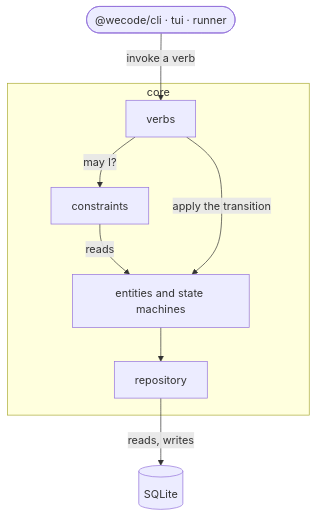
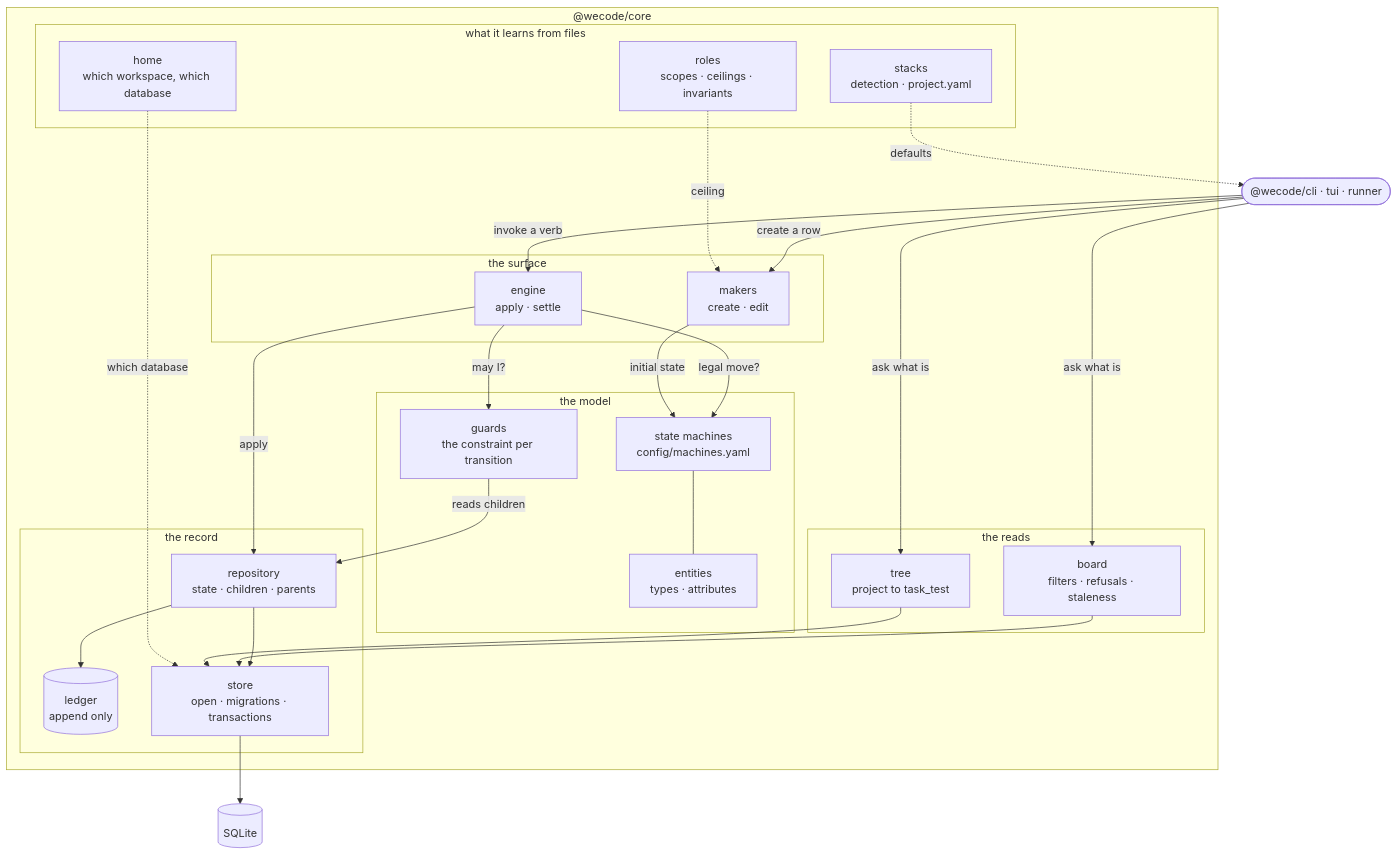
One commit to chandra-wijaya-setiawan/wecode changed the third of 4 diagrams in docs/design/01. Architecture Diagram L1-L2.md. Above: the diagram before and after it, drawn with Mermaid. The commit also changed other lines of this file and 1 other file, not shown here.

Commit message:
design: draw what is actually inside the core
The L3 core picture still showed four boxes from the first week. The core is five groups
now - the surface, the model, the reads, the record, and what it learns from files - and
1,588 lines across sixteen modules, none of which the diagram mentioned.

Renames 15 to Subscriptions, which is what it became.

````diff
--- a/docs/design/01. Architecture Diagram L1-L2.md
+++ b/docs/design/01. Architecture Diagram L1-L2.md
@@ -97,20 +100,58 @@
 ```mermaid
 flowchart TB
     CLIENTS(["@wecode/cli · tui · runner"])
 
-    subgraph core
-        VERBS[verbs]
-        DOMAIN[entities and state machines]
-        GUARDS[constraints]
-        REPO[repository]
+    subgraph core["@wecode/core"]
+        subgraph surface["the surface"]
+            VERBS["engine<br/>apply · settle"]
+            MAKERS["makers<br/>create · edit"]
+        end
+
+        subgraph model["the model"]
+            MACHINES["state machines<br/>config/machines.yaml"]
+            ENTITIES["entities<br/>types · attributes"]
+            GUARDS["guards<br/>the constraint per transition"]
+        end
+
+        subgraph reads["the reads"]
+            BOARD["board<br/>filters · refusals · staleness"]
+            TREE["tree<br/>project to task_test"]
+        end
+
+        subgraph record["the record"]
+            REPO["repository<br/>state · children · parents"]
+            LEDGER[("ledger<br/>append only")]
+            STORE["store<br/>open · migrations · transactions"]
+        end
+
+        subgraph config["what it learns from files"]
+            ROLES["roles<br/>scopes · ceilings · invariants"]
+            STACKS["stacks<br/>detection · project.yaml"]
+            HOME["home<br/>which workspace, which database"]
+        end
     end
 
-    STORE[(SQLite)]
+    DB[(SQLite)]
 
     CLIENTS -->|invoke a verb| VERBS
+    CLIENTS -->|create a row| MAKERS
+    CLIENTS -->|ask what is| BOARD
+    CLIENTS -->|ask what is| TREE
+
     VERBS -->|may I?| GUARDS
-    GUARDS -->|reads| DOMAIN
-    VERBS -->|apply the transition| DOMAIN
-    DOMAIN --> REPO
-    REPO -->|reads, writes| STORE
+    GUARDS -->|reads children| REPO
+    VERBS -->|legal move?| MACHINES
+    MACHINES --- ENTITIES
+    VERBS -->|apply| REPO
+    MAKERS -->|initial state| MACHINES
+
+    REPO --> LEDGER
+    REPO --> STORE
+    BOARD --> STORE
+    TREE --> STORE
+    STORE --> DB
+
+    ROLES -.->|ceiling| MAKERS
+    STACKS -.->|defaults| CLIENTS
+    HOME -.->|which database| STORE
 ```
````
